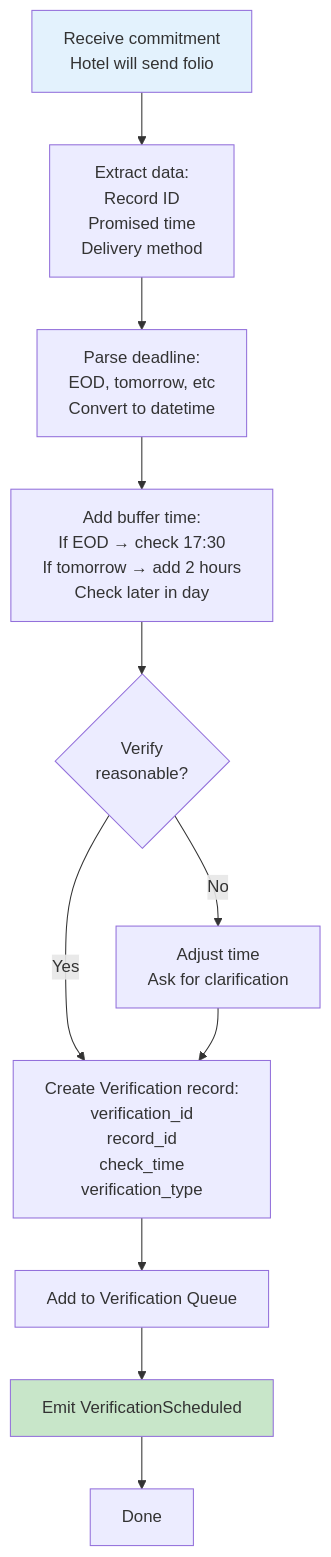
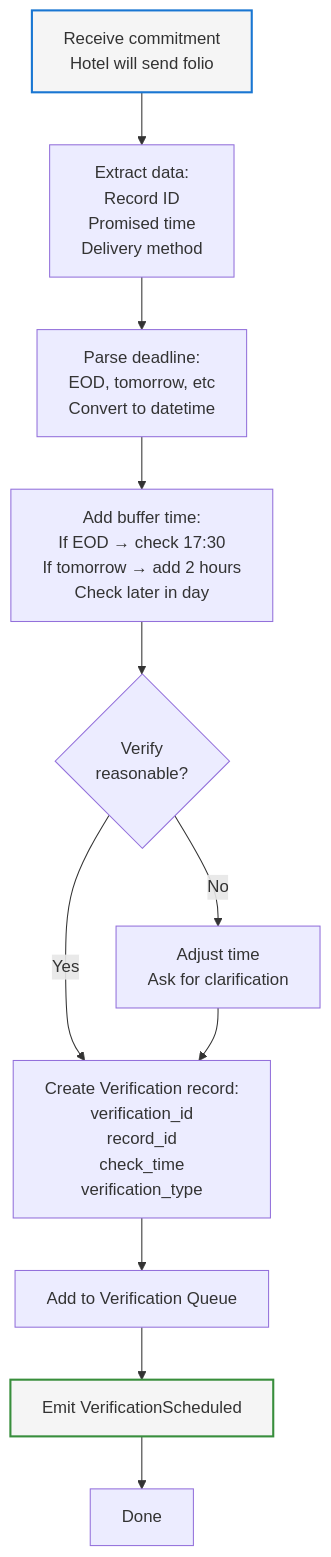
Before and after one commit to Org-for-Folio-AI/FolioAISpecs: the second of 2 diagrams in design/components/09-Callback-Manager.md, drawn with Mermaid. The commit also changed other lines of this file and 11 other files, not shown here.

First line of the commit message:
Update mermaid diagram colors for dark and light mode compatibility

````diff
--- a/design/components/09-Callback-Manager.md
+++ b/design/components/09-Callback-Manager.md
@@ -93,24 +93,24 @@
 ```mermaid
 flowchart TD
     Start["Receive commitment<br/>Hotel will send folio"] --> Extract["Extract data:<br/>Record ID<br/>Promised time<br/>Delivery method"]
 
     Extract --> Parse["Parse deadline:<br/>EOD, tomorrow, etc<br/>Convert to datetime"]
 
     Parse --> AddBuffer["Add buffer time:<br/>If EOD → check 17:30<br/>If tomorrow → add 2 hours<br/>Check later in day"]
 
     AddBuffer --> Verify{Verify<br/>reasonable?}
 
     Verify -->|No| Adjust["Adjust time<br/>Ask for clarification"]
     Verify -->|Yes| Create
 
     Adjust --> Create
 
     Create["Create Verification record:<br/>verification_id<br/>record_id<br/>check_time<br/>verification_type"]
 
     Create --> Store["Add to Verification Queue"]
     Store --> Emit["Emit VerificationScheduled"]
     Emit --> Done["Done"]
 
-    style Start fill:#e3f2fd
-    style Emit fill:#c8e6c9
+    style Start stroke:#1976d2,fill:#f5f5f5,stroke-width:2px
+    style Emit stroke:#388e3c,fill:#f5f5f5,stroke-width:2px
 ```
````
